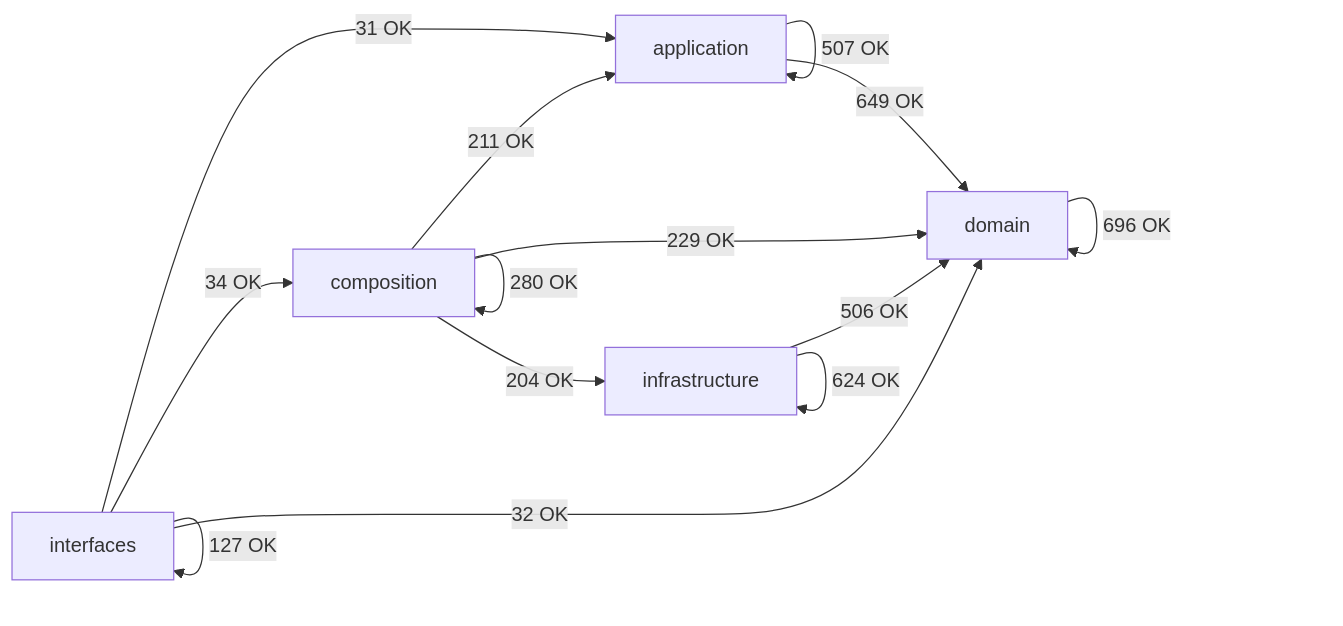
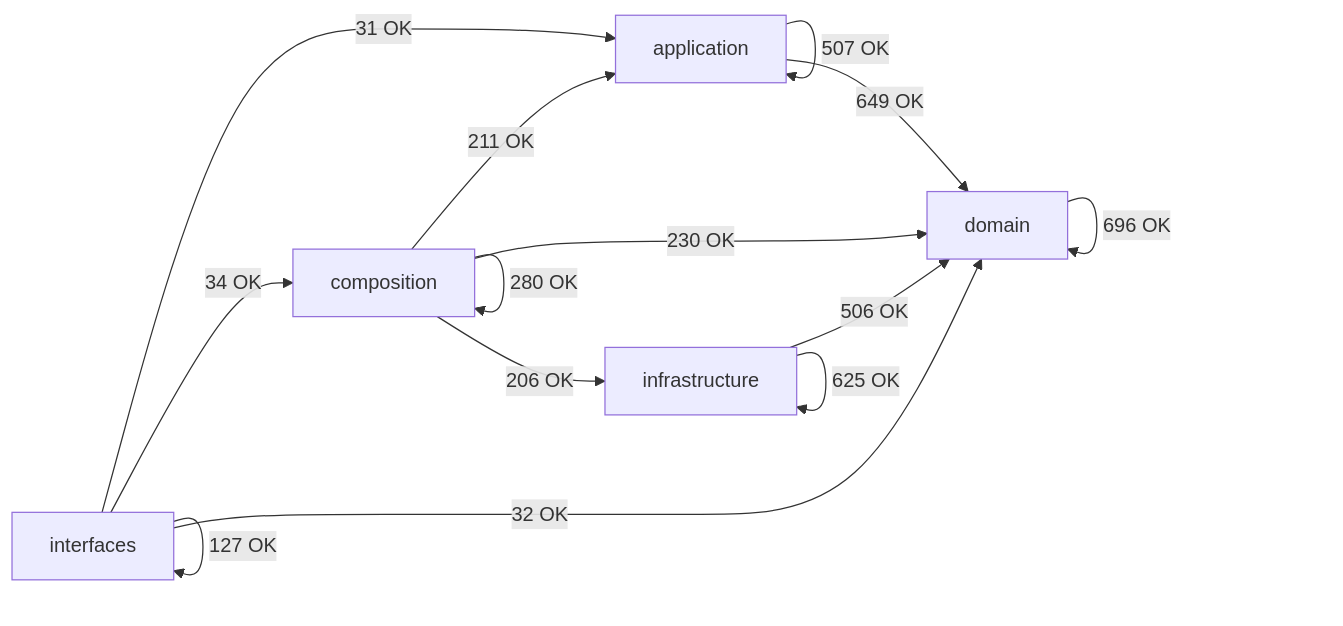
Before and after one commit to SatoryKono/BioactivityDataAcquisition: the diagram in docs/02-architecture/generated/module-dependency-map.md, drawn with Mermaid. The commit also changed other lines of this file and 55 other files, not shown here.

````diff
--- a/docs/02-architecture/generated/module-dependency-map.md
+++ b/docs/02-architecture/generated/module-dependency-map.md
@@ -16,21 +16,21 @@
 ```mermaid
 flowchart LR
     domain[domain]
     application[application]
     infrastructure[infrastructure]
     composition[composition]
     interfaces[interfaces]
     application -->|507 OK| application
     application -->|649 OK| domain
     composition -->|211 OK| application
     composition -->|280 OK| composition
-    composition -->|229 OK| domain
-    composition -->|204 OK| infrastructure
+    composition -->|230 OK| domain
+    composition -->|206 OK| infrastructure
     domain -->|696 OK| domain
     infrastructure -->|506 OK| domain
-    infrastructure -->|624 OK| infrastructure
+    infrastructure -->|625 OK| infrastructure
     interfaces -->|31 OK| application
     interfaces -->|34 OK| composition
     interfaces -->|32 OK| domain
     interfaces -->|127 OK| interfaces
 ```
````
